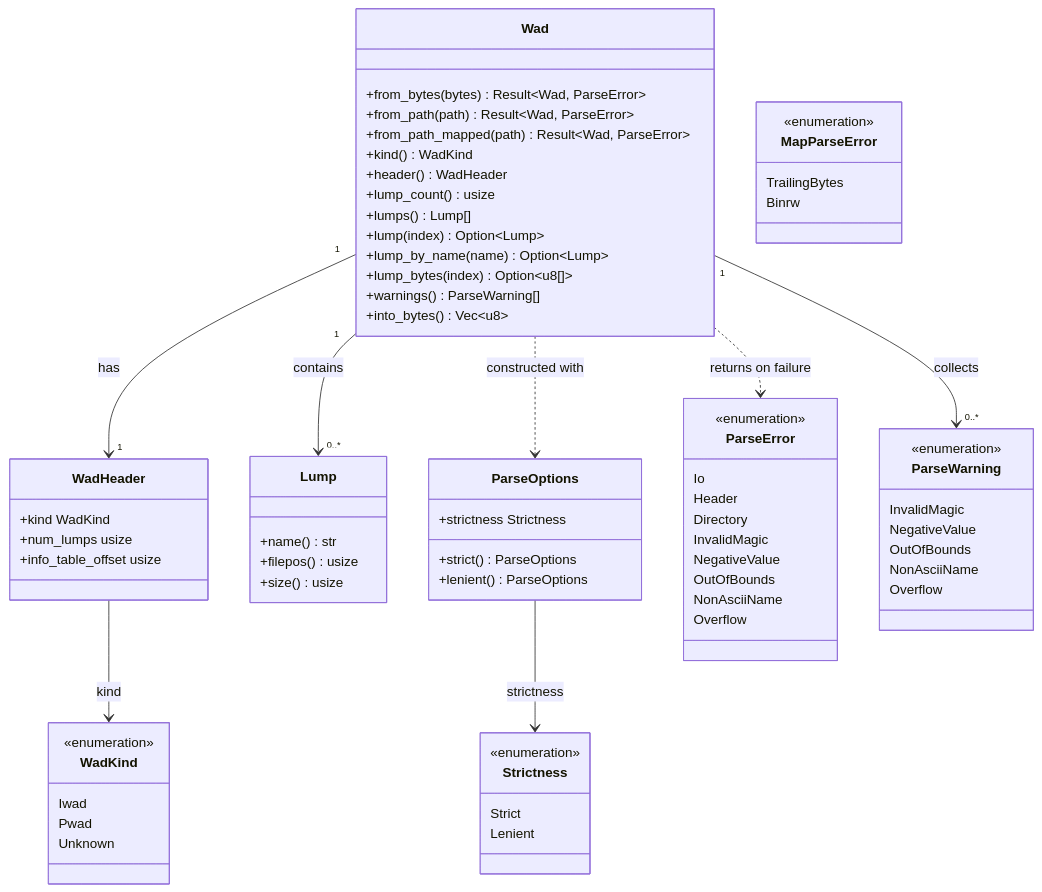
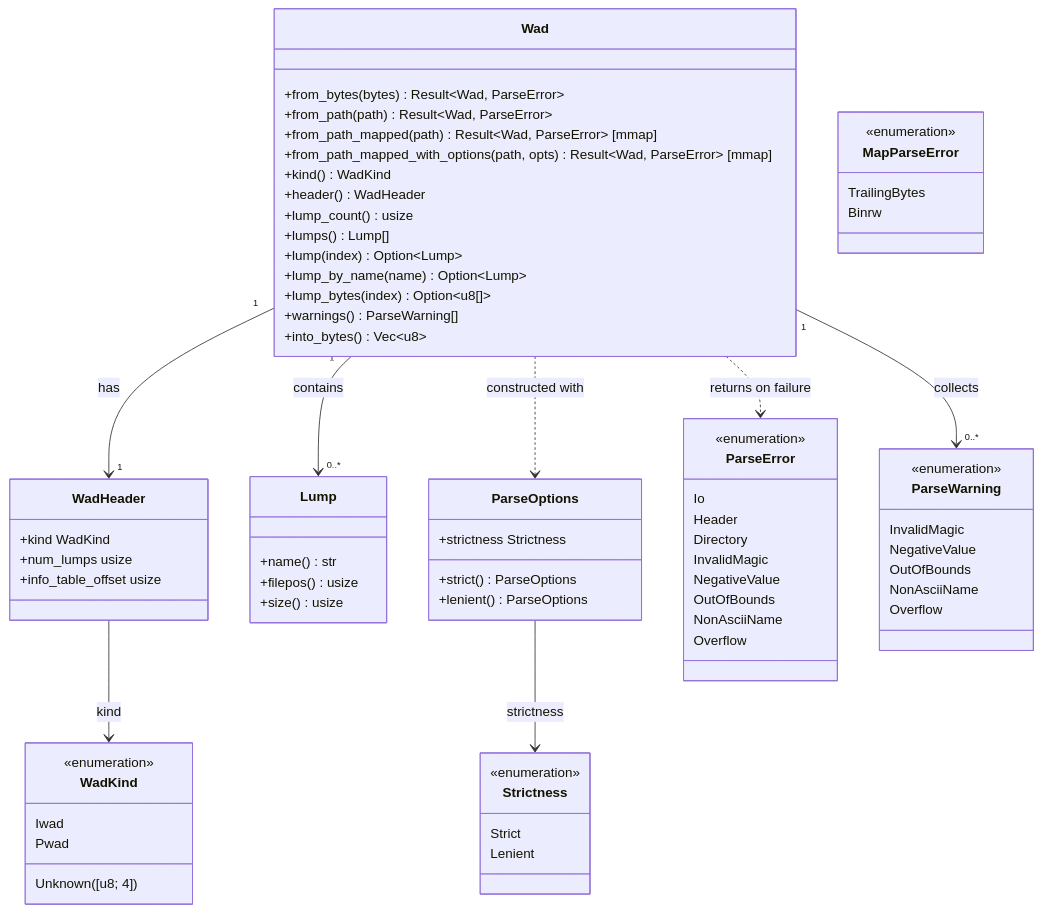
The second of 2 diagrams in docs/diagrams/data-model.md (masriamir/crustywad), drawn with Mermaid before and after one commit. The commit also changed other lines of this file and 3 other files, not shown here.

First line of the commit message:
docs(diagrams): fix seven accuracy issues flagged in review

````diff
--- a/docs/diagrams/data-model.md
+++ b/docs/diagrams/data-model.md
@@ -33,75 +33,76 @@
 ```mermaid
 classDiagram
     class Wad {
         +from_bytes(bytes) Result~Wad, ParseError~
         +from_path(path) Result~Wad, ParseError~
-        +from_path_mapped(path) Result~Wad, ParseError~
+        +from_path_mapped(path) Result~Wad, ParseError~ [mmap]
+        +from_path_mapped_with_options(path, opts) Result~Wad, ParseError~ [mmap]
         +kind() WadKind
         +header() WadHeader
         +lump_count() usize
         +lumps() Lump[]
         +lump(index) Option~Lump~
         +lump_by_name(name) Option~Lump~
         +lump_bytes(index) Option~u8[]~
         +warnings() ParseWarning[]
         +into_bytes() Vec~u8~
     }
     class WadHeader {
         +kind WadKind
         +num_lumps usize
         +info_table_offset usize
     }
     class Lump {
         +name() str
         +filepos() usize
         +size() usize
     }
     class WadKind {
         <<enumeration>>
         Iwad
         Pwad
-        Unknown
+        Unknown([u8; 4])
     }
     class ParseOptions {
         +strictness Strictness
         +strict() ParseOptions
         +lenient() ParseOptions
     }
     class Strictness {
         <<enumeration>>
         Strict
         Lenient
     }
     class ParseError {
         <<enumeration>>
         Io
         Header
         Directory
         InvalidMagic
         NegativeValue
         OutOfBounds
         NonAsciiName
         Overflow
     }
     class ParseWarning {
         <<enumeration>>
         InvalidMagic
         NegativeValue
         OutOfBounds
         NonAsciiName
         Overflow
     }
     class MapParseError {
         <<enumeration>>
         TrailingBytes
         Binrw
     }
 
     Wad "1" --> "1" WadHeader : has
     Wad "1" --> "0..*" Lump : contains
     Wad "1" --> "0..*" ParseWarning : collects
     WadHeader --> WadKind : kind
     ParseOptions --> Strictness : strictness
     Wad ..> ParseOptions : constructed with
     Wad ..> ParseError : returns on failure
 ```
````
